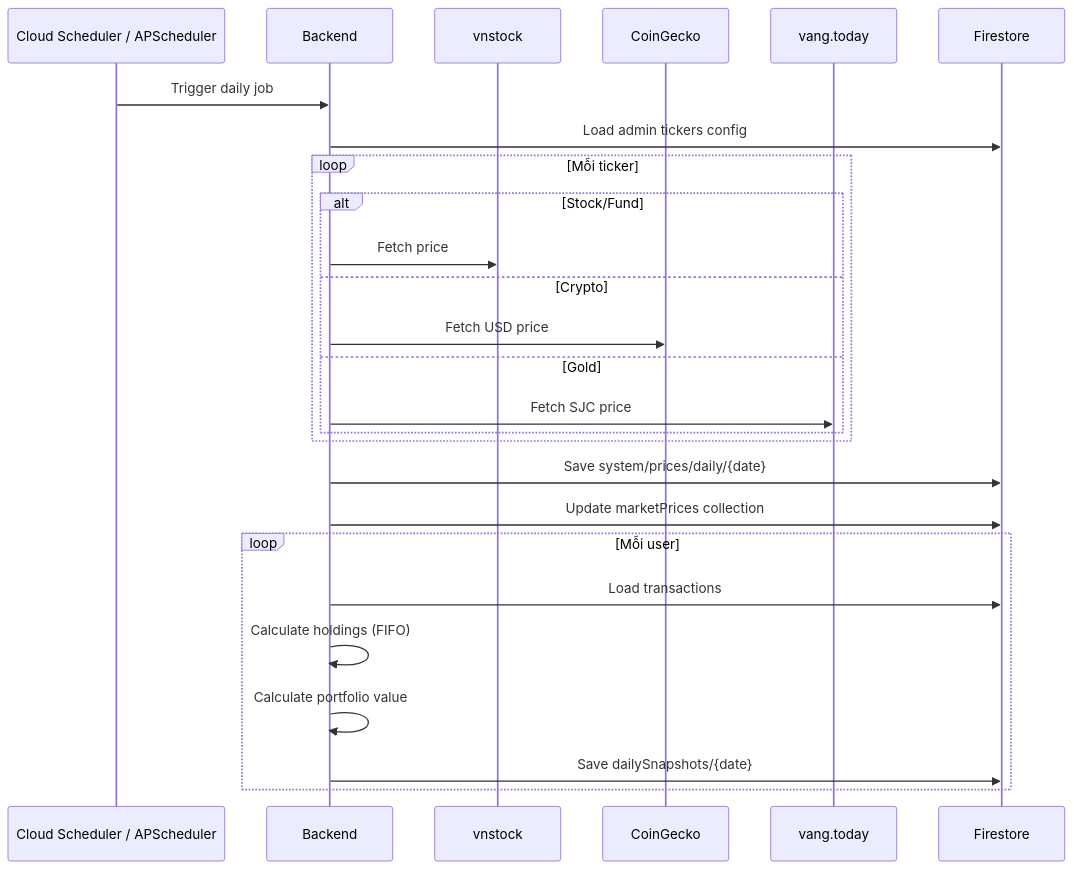
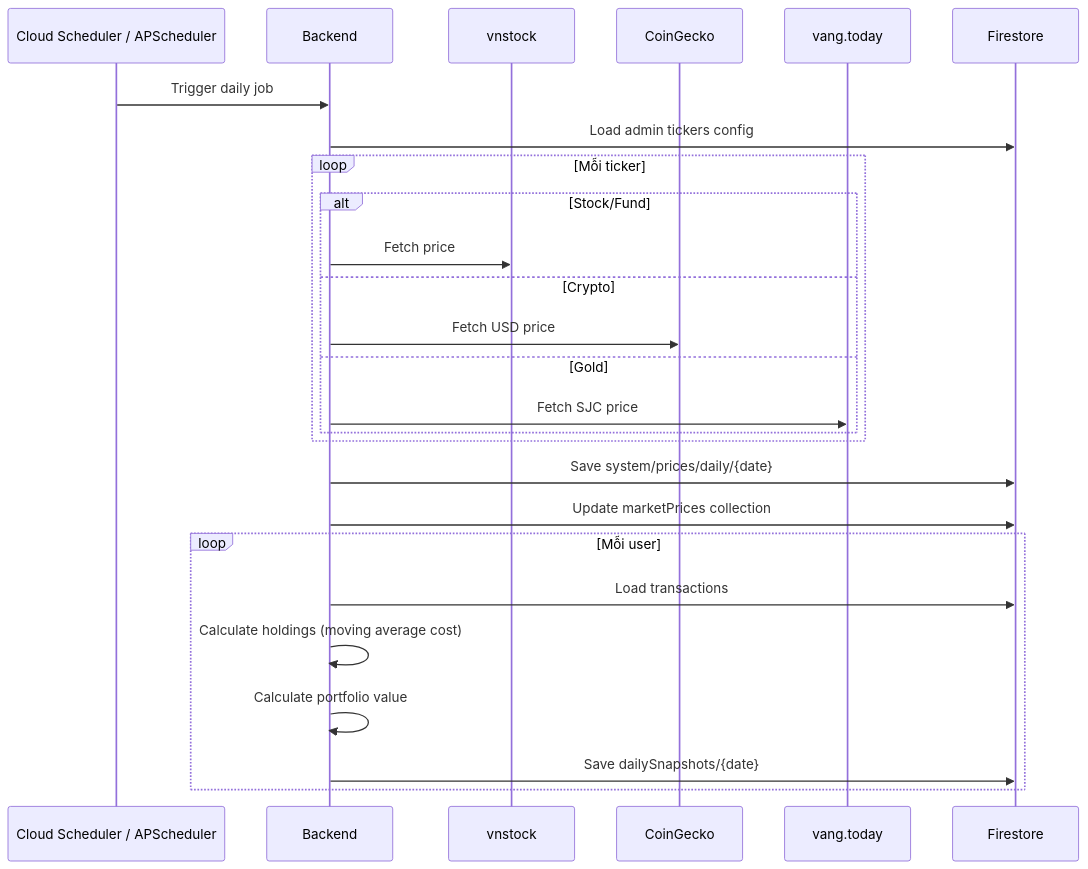
One commit to huynhphong1611/portfolio_assets_management changed the third of 3 diagrams in wiki/Architecture-Overview.md. Above: the diagram before and after it, drawn with Mermaid. The commit also changed 7 other files, not shown here.

First line of the commit message:
docs: document moving average cost, cash and net capital formulas

````diff
--- a/wiki/Architecture-Overview.md
+++ b/wiki/Architecture-Overview.md
@@ -100,32 +100,32 @@
 ```mermaid
 sequenceDiagram
     participant CRON as Cloud Scheduler / APScheduler
     participant BE as Backend
     participant VNS as vnstock
     participant CG as CoinGecko
     participant GOLD as vang.today
     participant FS as Firestore
 
     CRON->>BE: Trigger daily job
     BE->>FS: Load admin tickers config
     
     loop Mỗi ticker
         alt Stock/Fund
             BE->>VNS: Fetch price
         else Crypto
             BE->>CG: Fetch USD price
         else Gold
             BE->>GOLD: Fetch SJC price
         end
     end
 
     BE->>FS: Save system/prices/daily/{date}
     BE->>FS: Update marketPrices collection
 
     loop Mỗi user
         BE->>FS: Load transactions
-        BE->>BE: Calculate holdings (FIFO)
+        BE->>BE: Calculate holdings (moving average cost)
         BE->>BE: Calculate portfolio value
         BE->>FS: Save dailySnapshots/{date}
     end
 ```
````
